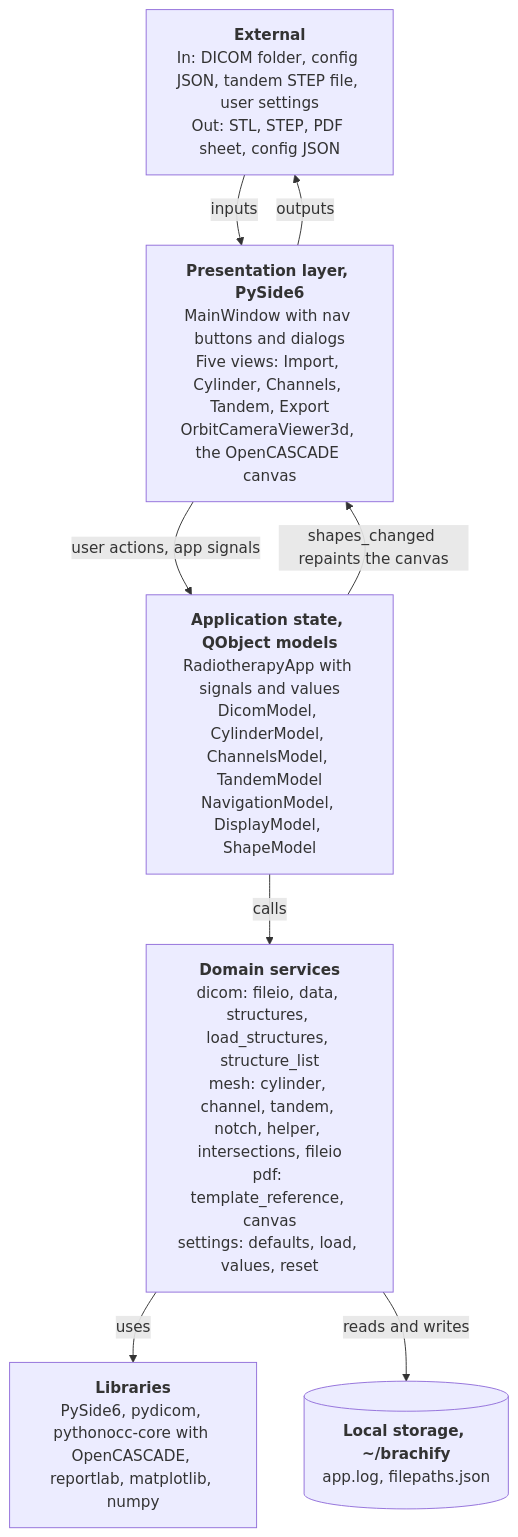
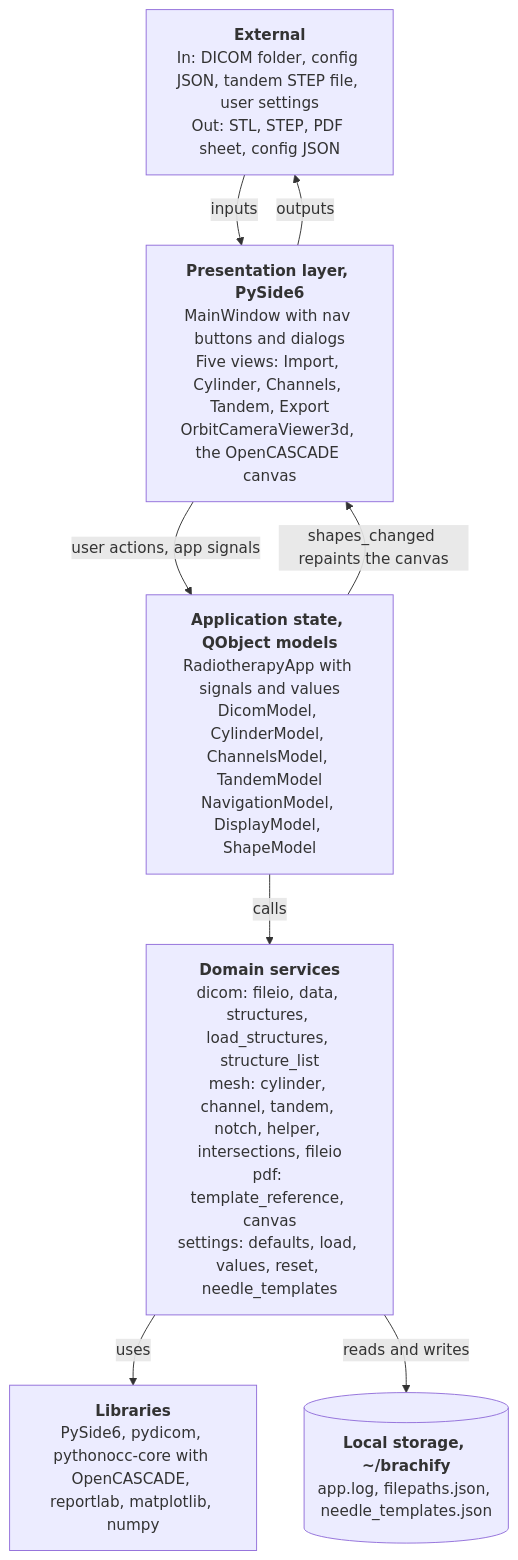
Before and after one commit to COSC-499-W2026/capstone-project-team-10: the diagram in docs/architecture/diagrams/system-architecture.mmd, drawn with Mermaid. The commit also changed 2 other files, not shown here.

Commit message:
docs: name needle_templates in the system architecture diagram

```diff
--- a/docs/architecture/diagrams/system-architecture.mmd
+++ b/docs/architecture/diagrams/system-architecture.mmd
@@ -1,17 +1,17 @@
 %% title: System architecture
 %% alt: System architecture of brachify, a layered desktop application with a presentation layer, application state, domain services, third party libraries and local storage
 flowchart TB
   ext["<b>External</b><br/>In: DICOM folder, config JSON, tandem STEP file, user settings<br/>Out: STL, STEP, PDF sheet, config JSON"]
   pres["<b>Presentation layer, PySide6</b><br/>MainWindow with nav buttons and dialogs<br/>Five views: Import, Cylinder, Channels, Tandem, Export<br/>OrbitCameraViewer3d, the OpenCASCADE canvas"]
   state["<b>Application state, QObject models</b><br/>RadiotherapyApp with signals and values<br/>DicomModel, CylinderModel, ChannelsModel, TandemModel<br/>NavigationModel, DisplayModel, ShapeModel"]
-  domain["<b>Domain services</b><br/>dicom: fileio, data, structures, load_structures, structure_list<br/>mesh: cylinder, channel, tandem, notch, helper, intersections, fileio<br/>pdf: template_reference, canvas<br/>settings: defaults, load, values, reset"]
+  domain["<b>Domain services</b><br/>dicom: fileio, data, structures, load_structures, structure_list<br/>mesh: cylinder, channel, tandem, notch, helper, intersections, fileio<br/>pdf: template_reference, canvas<br/>settings: defaults, load, values, reset, needle_templates"]
   lib["<b>Libraries</b><br/>PySide6, pydicom, pythonocc-core with OpenCASCADE, reportlab, matplotlib, numpy"]
-  disk[("<b>Local storage, ~/brachify</b><br/>app.log, filepaths.json")]
+  disk[("<b>Local storage, ~/brachify</b><br/>app.log, filepaths.json, needle_templates.json")]
 
   ext -->|"inputs"| pres
   pres -->|"outputs"| ext
   pres -->|"user actions, app signals"| state
   state -->|"shapes_changed repaints the canvas"| pres
   state -->|"calls"| domain
   domain -->|"uses"| lib
   domain -->|"reads and writes"| disk
```
